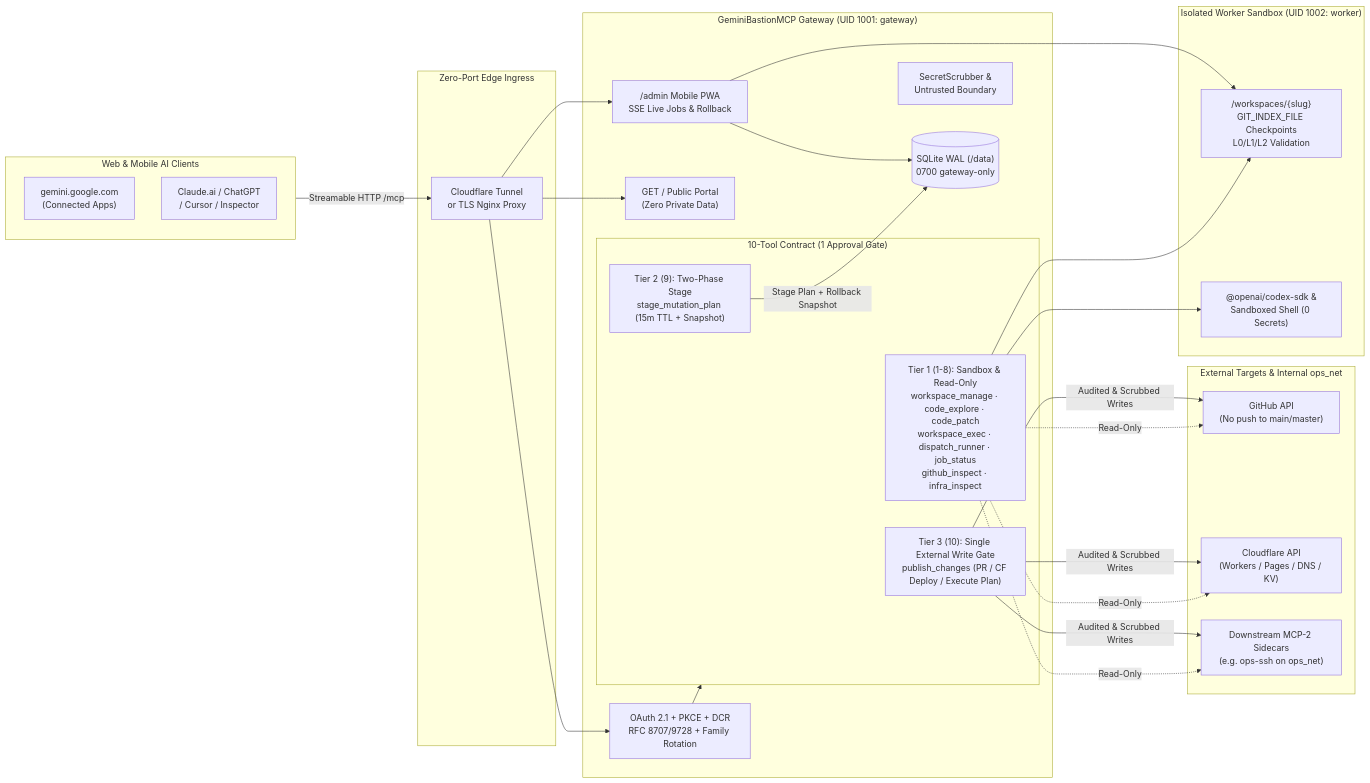
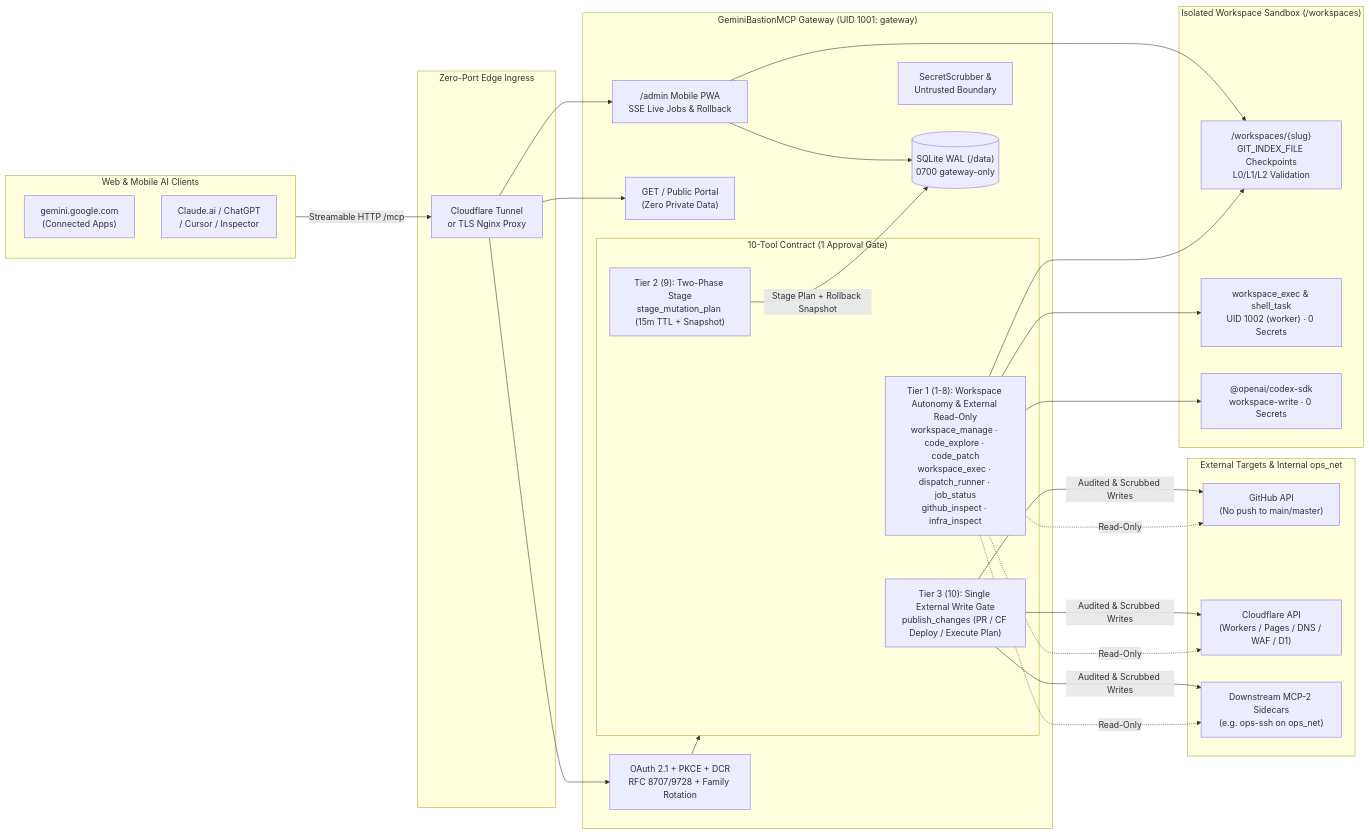
Before and after one commit to Kaiserunix/gemini-bastion-mcp: the diagram in README.md, drawn with Mermaid. The commit also changed other lines of this file and 2 other files, not shown here.

````diff
--- a/README.md
+++ b/README.md
@@ -45,44 +57,45 @@
 ```mermaid
 flowchart LR
   subgraph Clients["Web & Mobile AI Clients"]
     G["gemini.google.com\n(Connected Apps)"]
     C["Claude.ai / ChatGPT\n/ Cursor / Inspector"]
   end
 
   subgraph Edge["Zero-Port Edge Ingress"]
     CF["Cloudflare Tunnel\nor TLS Nginx Proxy"]
   end
 
   subgraph Gateway["GeminiBastionMCP Gateway (UID 1001: gateway)"]
     Portal["GET / Public Portal\n(Zero Private Data)"]
     Auth["OAuth 2.1 + PKCE + DCR\nRFC 8707/9728 + Family Rotation"]
     Scrub["SecretScrubber &\nUntrusted Boundary"]
     Admin["/admin Mobile PWA\nSSE Live Jobs & Rollback"]
     DB[("SQLite WAL (/data)\n0700 gateway-only")]
 
     subgraph Funnel["10-Tool Contract (1 Approval Gate)"]
-      T1_8["Tier 1 (1-8): Sandbox & Read-Only\nworkspace_manage · code_explore · code_patch\nworkspace_exec · dispatch_runner · job_status\ngithub_inspect · infra_inspect"]
+      T1_8["Tier 1 (1-8): Workspace Autonomy & External Read-Only\nworkspace_manage · code_explore · code_patch\nworkspace_exec · dispatch_runner · job_status\ngithub_inspect · infra_inspect"]
       T9["Tier 2 (9): Two-Phase Stage\nstage_mutation_plan (15m TTL + Snapshot)"]
       T10["Tier 3 (10): Single External Write Gate\npublish_changes (PR / CF Deploy / Execute Plan)"]
     end
   end
 
-  subgraph Sandbox["Isolated Worker Sandbox (UID 1002: worker)"]
+  subgraph Sandbox["Isolated Workspace Sandbox (/workspaces)"]
     WS["/workspaces/{slug}\nGIT_INDEX_FILE Checkpoints\nL0/L1/L2 Validation"]
-    Codex["@openai/codex-sdk &\nSandboxed Shell (0 Secrets)"]
+    Shell["workspace_exec & shell_task\nUID 1002 (worker) · 0 Secrets"]
+    Codex["@openai/codex-sdk\nworkspace-write · 0 Secrets"]
   end
 
   subgraph External["External Targets & Internal ops_net"]
     GH["GitHub API\n(No push to main/master)"]
-    CFApi["Cloudflare API\n(Workers / Pages / DNS / KV)"]
+    CFApi["Cloudflare API\n(Workers / Pages / DNS / WAF / D1)"]
     MCP2["Downstream MCP-2 Sidecars\n(e.g. ops-ssh on ops_net)"]
   end
 
   Clients -->|"Streamable HTTP /mcp"| CF --> Auth --> Funnel
   CF --> Portal & Admin
-  T1_8 --> WS & Codex
+  T1_8 --> WS & Shell & Codex
   T1_8 -.->|"Read-Only"| GH & CFApi & MCP2
   T9 -->|"Stage Plan + Rollback Snapshot"| DB
   T10 -->|"Audited & Scrubbed Writes"| GH & CFApi & MCP2
   Admin --> DB & WS
 ```
````
